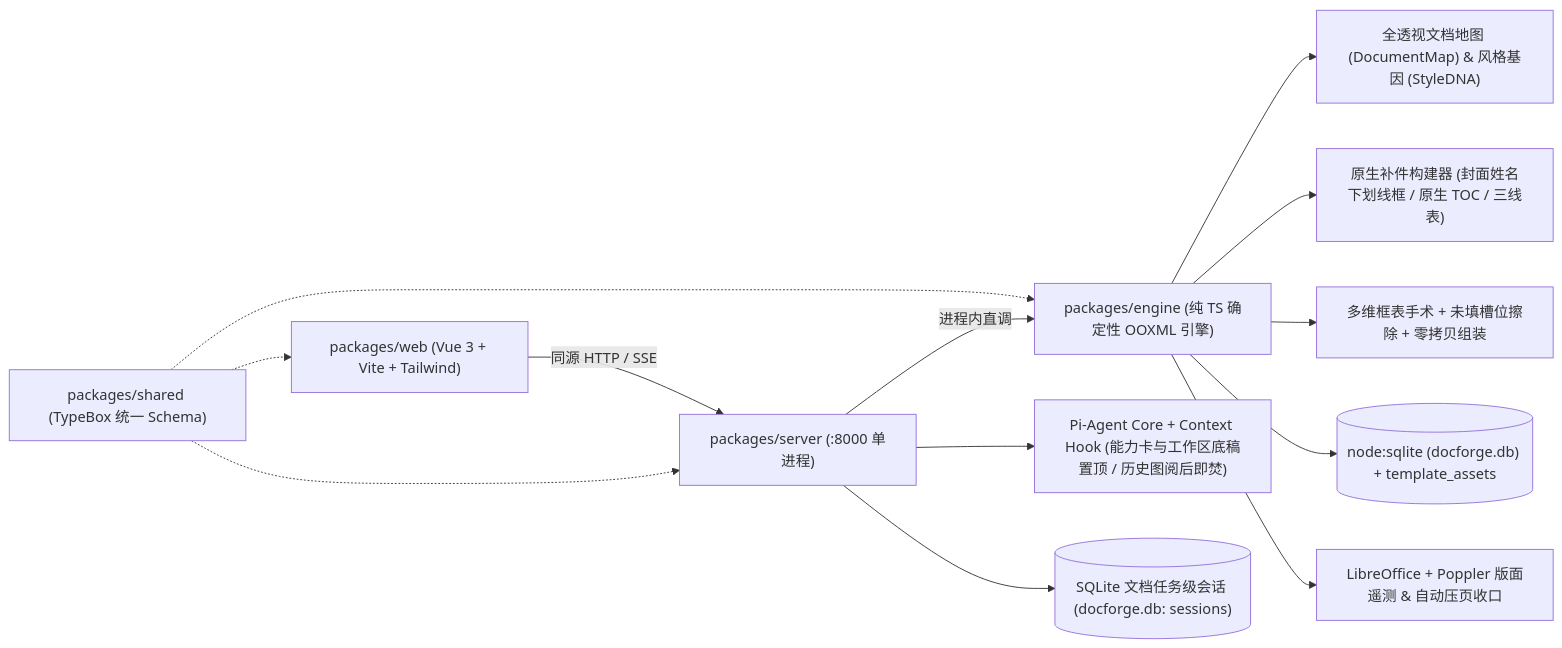
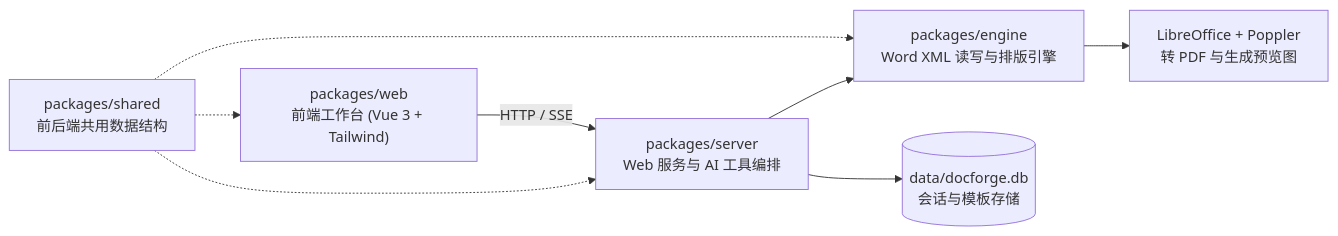
One commit to GrassskyR/docx-forge changed the diagram in README.md. Above: the diagram before and after it, drawn with Mermaid. The commit also changed other lines of this file and 13 other files, not shown here.

````diff
--- a/README.md
+++ b/README.md
@@ -12,15 +71,10 @@
 ```mermaid
 flowchart LR
-    Web["packages/web (Vue 3 + Vite + Tailwind)"] -->|同源 HTTP / SSE| Server["packages/server (:8000 单进程)"]
-    Shared["packages/shared (TypeBox 统一 Schema)"] -.-> Web
+    Web["packages/web<br/>前端工作台 (Vue 3 + Tailwind)"] -->|HTTP / SSE| Server["packages/server<br/>Web 服务与 AI 工具编排"]
+    Shared["packages/shared<br/>前后端共用数据结构"] -.-> Web
     Shared -.-> Server
-    Shared -.-> Engine["packages/engine (纯 TS 确定性 OOXML 引擎)"]
-    Server -->|进程内直调| Engine
-    Server --> Agent["Pi-Agent Core + Context Hook (能力卡与工作区底稿置顶 / 历史图阅后即焚)"]
-    Server --> Sessions[("SQLite 文档任务级会话 (docforge.db: sessions)")]
-    Engine --> Inspector["全透视文档地图 (DocumentMap) & 风格基因 (StyleDNA)"]
-    Engine --> Builders["原生补件构建器 (封面姓名下划线框 / 原生 TOC / 三线表)"]
-    Engine --> Composer["多维框表手术 + 未填槽位擦除 + 零拷贝组装"]
-    Engine --> Store[("node:sqlite (docforge.db) + template_assets")]
-    Engine --> Telemetry["LibreOffice + Poppler 版面遥测 & 自动压页收口"]
+    Shared -.-> Engine["packages/engine<br/>Word XML 读写与排版引擎"]
+    Server --> Engine
+    Server --> DB[("data/docforge.db<br/>会话与模板存储")]
+    Engine --> LO["LibreOffice + Poppler<br/>转 PDF 与生成预览图"]
 ```
````
